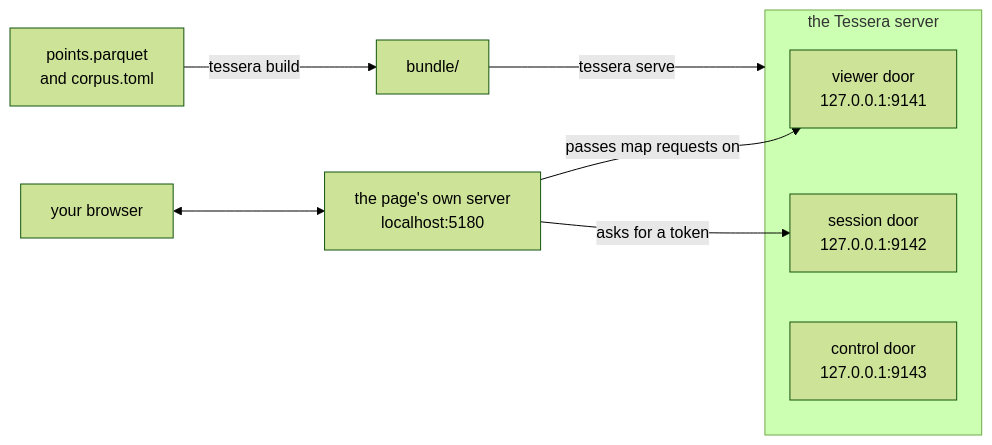
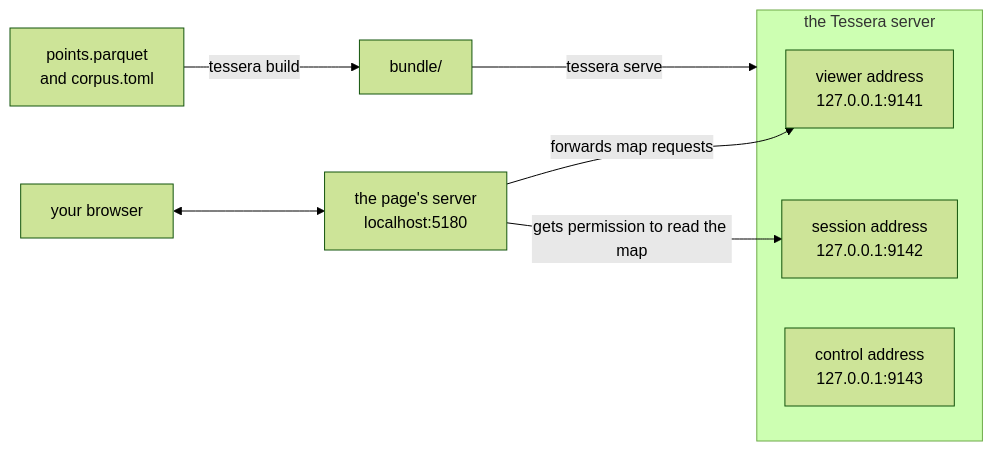
Before and after one commit to jennis0/tesseradb: the diagram in docs/start/first-map.md, drawn with Mermaid (forest theme). The commit also changed other lines of this file, not shown here.

First line of the commit message:
docs: first-map rewritten in simple sentences, without doors or token detail

````diff
--- a/docs/start/first-map.md
+++ b/docs/start/first-map.md
@@ -40,13 +30,13 @@
 ```mermaid
 flowchart LR
   subgraph server["the Tessera server"]
-    viewer["viewer door<br/>127.0.0.1:9141"]
-    session["session door<br/>127.0.0.1:9142"]
-    control["control door<br/>127.0.0.1:9143"]
+    viewer["viewer address<br/>127.0.0.1:9141"]
+    session["session address<br/>127.0.0.1:9142"]
+    control["control address<br/>127.0.0.1:9143"]
   end
   data["points.parquet<br/>and corpus.toml"] -- "tessera build" --> bundle["bundle/"]
   bundle -- "tessera serve" --> server
-  page["the page's own server<br/>localhost:5180"] -- "asks for a token" --> session
-  page -- "passes map requests on" --> viewer
+  page["the page's server<br/>localhost:5180"] -- "gets permission to read the map" --> session
+  page -- "forwards map requests" --> viewer
   browser["your browser"] <--> page
 ```
````
